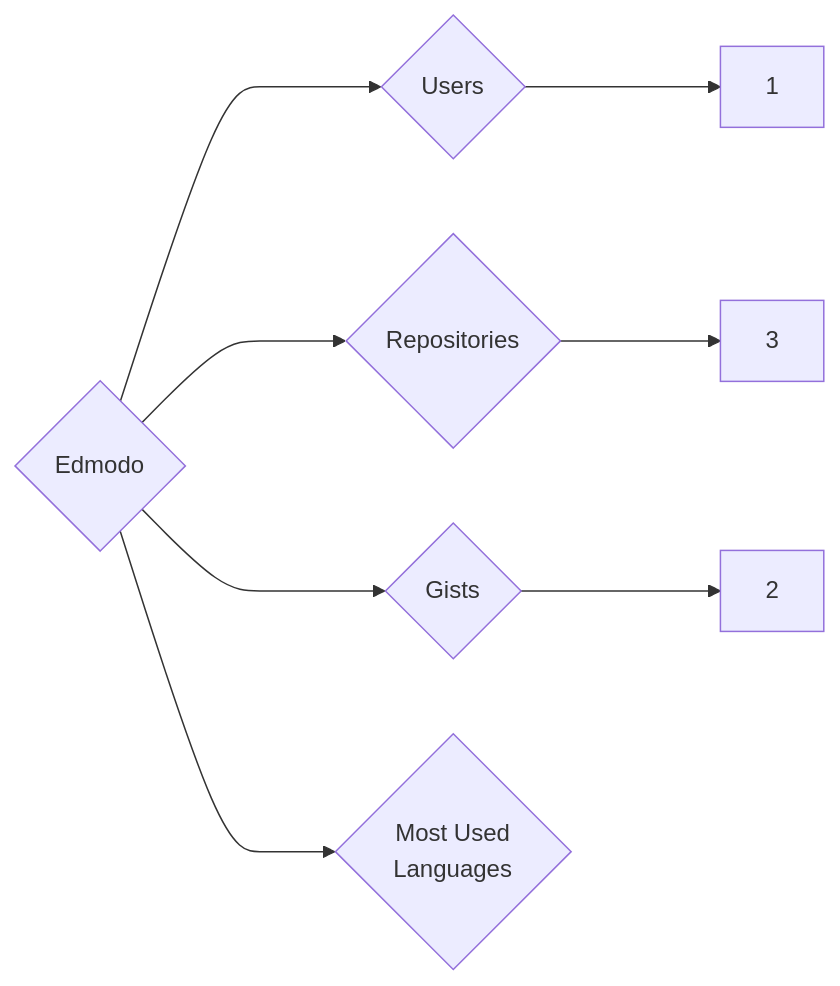
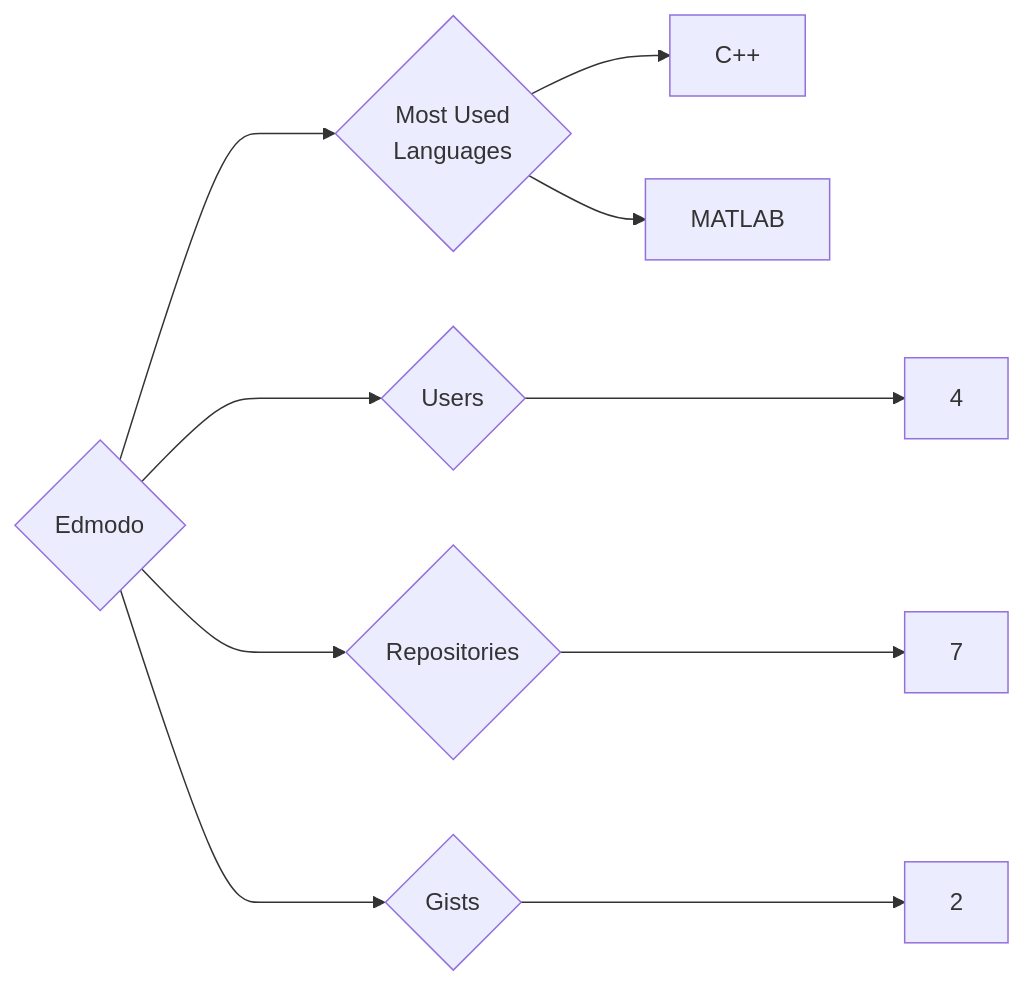
Before and after one commit to trickest/insiders: the diagram in targets/Edmodo/README.md, drawn with Mermaid. The commit also changed 640 other files, not shown here.

````diff
--- a/targets/Edmodo/README.md
+++ b/targets/Edmodo/README.md
@@ -3,8 +3,10 @@
 ```mermaid
 graph LR
 COMPANY_NAME{Edmodo}
-COMPANY_NAME ---> U{Users} ---> UN[1]
-COMPANY_NAME ---> R{Repositories} ---> RN[3]
+COMPANY_NAME ---> U{Users} ---> UN[4]
+COMPANY_NAME ---> R{Repositories} ---> RN[7]
 COMPANY_NAME ---> G{Gists} ---> GN[2]
 COMPANY_NAME ---> ML{Most Used<br>Languages}
+ML --> C++[C++]
+ML --> MATLAB[MATLAB]
 ```
````
